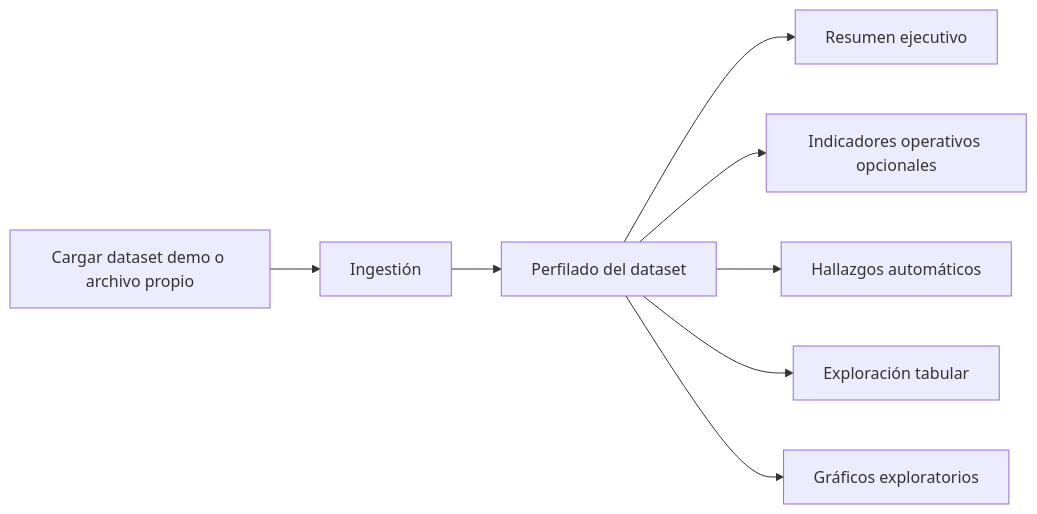
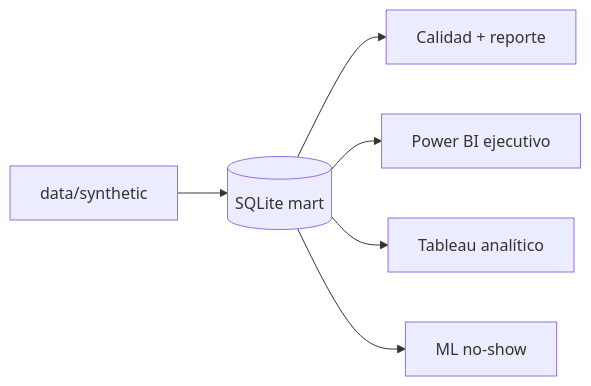
The diagram in README.md (Agus-Delgado/Paradigm-), drawn with Mermaid before and after one commit. The commit also changed other lines of this file and 86 other files, not shown here.

````diff
--- a/README.md
+++ b/README.md
@@ -69,10 +43,14 @@
 ```mermaid
 flowchart LR
-    A[Cargar dataset demo o archivo propio] --> B[Ingestión]
-    B --> C[Perfilado del dataset]
-    C --> D[Resumen ejecutivo]
-    C --> E[Indicadores operativos opcionales]
-    C --> F[Hallazgos automáticos]
-    C --> G[Exploración tabular]
-    C --> H[Gráficos exploratorios]
+  S[data/synthetic]
+  M[(SQLite mart)]
+  Q[Calidad + reporte]
+  P[Power BI ejecutivo]
+  T[Tableau analítico]
+  L[ML no-show]
+  S --> M
+  M --> Q
+  M --> P
+  M --> T
+  M --> L
 ```
````
